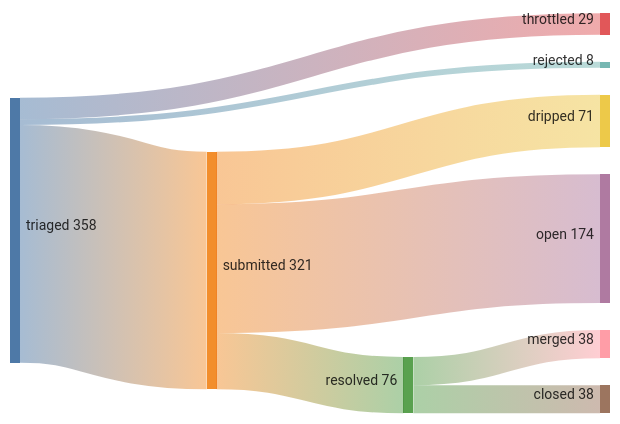
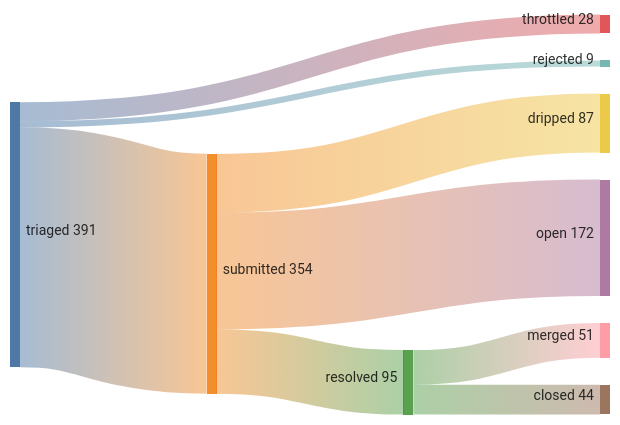
Before and after one commit to kimjune01/kimjune01: the first of 3 diagrams in README.md, drawn with Mermaid. The commit also changed other lines of this file and 2 other files, not shown here.

````diff
--- a/README.md
+++ b/README.md
@@ -5,11 +5,11 @@
 ```mermaid
 sankey-beta
-    triaged,    submitted, 321
-    triaged,    throttled, 29
-    triaged,    rejected,  8
-    submitted,  resolved,  76
-    submitted,  dripped,   71
-    submitted,  open,      174
-    resolved,   merged,    38
-    resolved,   closed,    38
+    triaged,    submitted, 354
+    triaged,    throttled, 28
+    triaged,    rejected,  9
+    submitted,  resolved,  95
+    submitted,  dripped,   87
+    submitted,  open,      172
+    resolved,   merged,    51
+    resolved,   closed,    44
 ```
````
